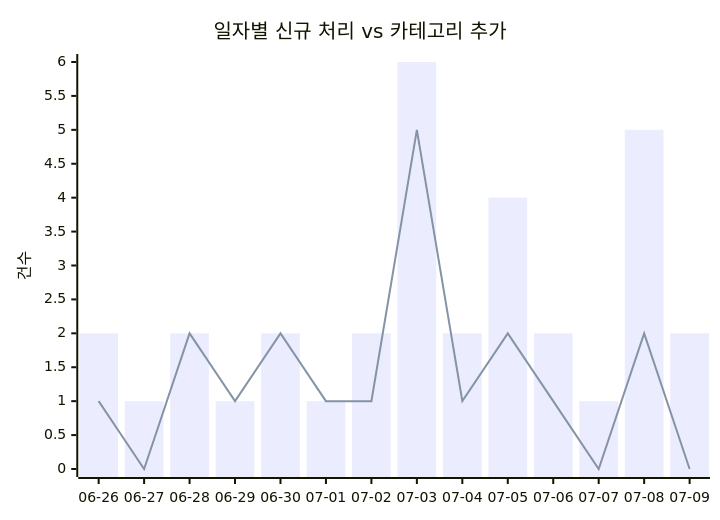
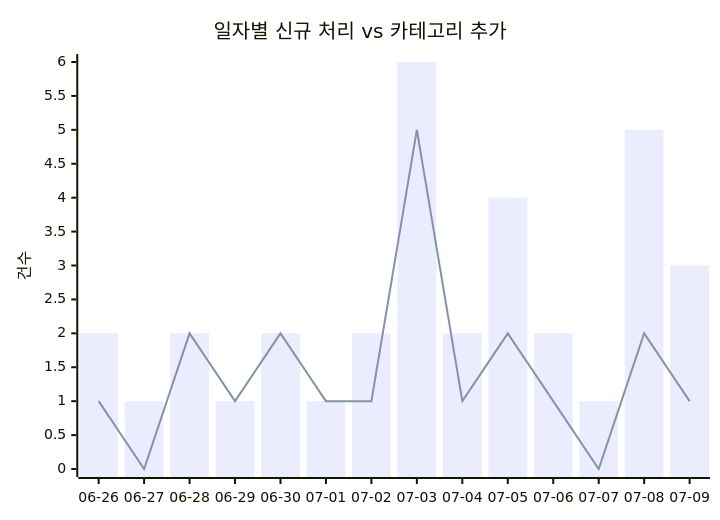
One commit to J-nowcow/awesome-korean-agent-skills changed the first of 2 diagrams in docs/trends.md. Above: the diagram before and after it, drawn with Mermaid. The commit also changed other lines of this file and 4 other files, not shown here.

````diff
--- a/docs/trends.md
+++ b/docs/trends.md
@@ -32,8 +32,8 @@
 ```mermaid
 xychart-beta
     title "일자별 신규 처리 vs 카테고리 추가"
     x-axis ["06-26","06-27","06-28","06-29","06-30","07-01","07-02","07-03","07-04","07-05","07-06","07-07","07-08","07-09"]
     y-axis "건수"
-    bar [2,1,2,1,2,1,2,6,2,4,2,1,5,2]
-    line [1,0,2,1,2,1,1,5,1,2,1,0,2,0]
+    bar [2,1,2,1,2,1,2,6,2,4,2,1,5,3]
+    line [1,0,2,1,2,1,1,5,1,2,1,0,2,1]
 ```
````
